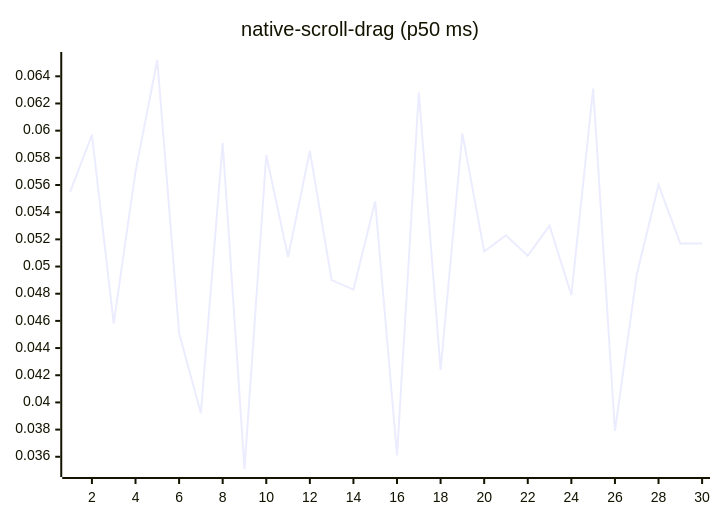
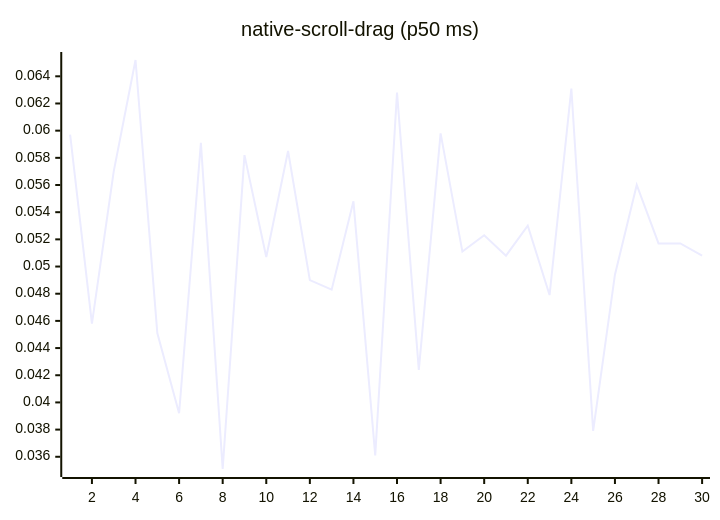
Before and after one commit to josha/Facet: diagram 14 of 27 in README.md, drawn with Mermaid. The commit also changed other lines of this file and 2 other files, not shown here.

````diff
--- a/README.md
+++ b/README.md
@@ -154,6 +154,6 @@
 ```mermaid
 xychart-beta
     title "native-scroll-drag (p50 ms)"
     x-axis 1 --> 30
-    line [0.0555, 0.0597, 0.0458, 0.0570, 0.0652, 0.0451, 0.0392, 0.0591, 0.0351, 0.0582, 0.0507, 0.0585, 0.0490, 0.0483, 0.0548, 0.0361, 0.0628, 0.0424, 0.0598, 0.0511, 0.0523, 0.0508, 0.0530, 0.0479, 0.0631, 0.0379, 0.0494, 0.0560, 0.0517, 0.0517]
+    line [0.0597, 0.0458, 0.0570, 0.0652, 0.0451, 0.0392, 0.0591, 0.0351, 0.0582, 0.0507, 0.0585, 0.0490, 0.0483, 0.0548, 0.0361, 0.0628, 0.0424, 0.0598, 0.0511, 0.0523, 0.0508, 0.0530, 0.0479, 0.0631, 0.0379, 0.0494, 0.0560, 0.0517, 0.0517, 0.0508]
 ```
````
